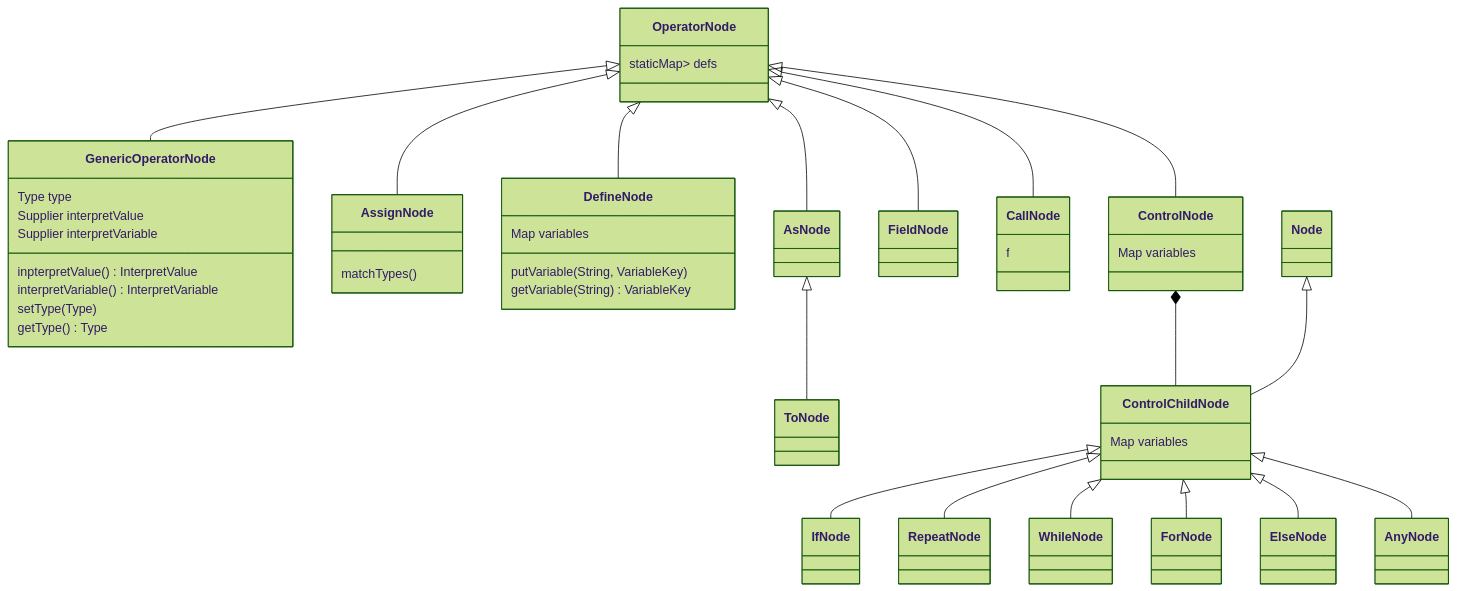
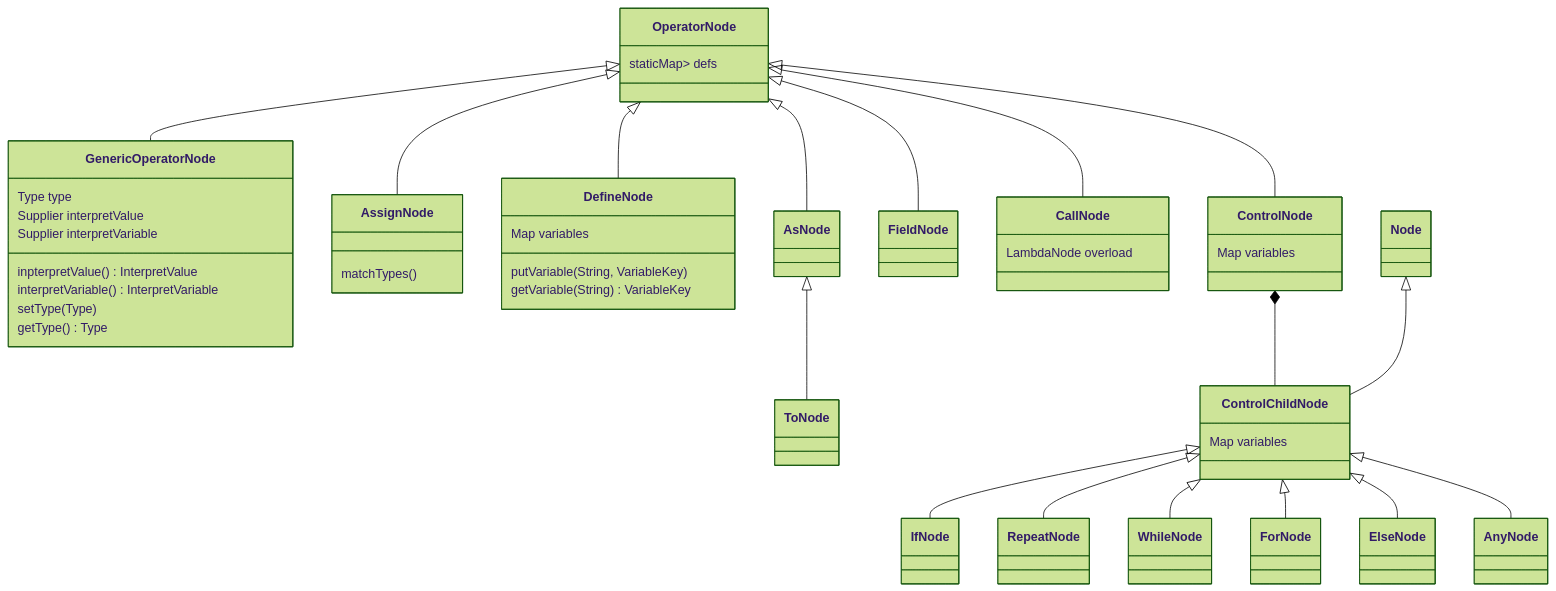
The third of 8 diagrams in Implementation.md (Jzhyang1/Monomer), drawn with Mermaid (forest theme) before and after one commit. The commit also changed other lines of this file, not shown here.

````diff
--- a/Implementation.md
+++ b/Implementation.md
@@ -157,41 +157,41 @@
 ```mermaid
 classDiagram
 OperatorNode <|-- GenericOperatorNode
 OperatorNode <|-- AssignNode
 OperatorNode <|-- DefineNode
 OperatorNode <|-- AsNode
 AsNode <|-- ToNode
 OperatorNode <|-- FieldNode
 OperatorNode <|-- CallNode
 OperatorNode <|-- ControlNode
 ControlNode *-- ControlChildNode
 Node <|-- ControlChildNode
 ControlChildNode <|-- IfNode
 ControlChildNode <|-- RepeatNode
 ControlChildNode <|-- WhileNode
 ControlChildNode <|-- ForNode
 ControlChildNode <|-- ElseNode
 ControlChildNode <|-- AnyNode
 
 OperatorNode: staticMap<String,Supplier<OperatorNode>> defs
 
 GenericOperatorNode: Type type
 GenericOperatorNode: Supplier<InterpretValue> interpretValue
 GenericOperatorNode: Supplier<InterpretVariable> interpretVariable
 GenericOperatorNode: inpterpretValue() InterpretValue
 GenericOperatorNode: interpretVariable() InterpretVariable
 GenericOperatorNode: setType(Type)
 GenericOperatorNode: getType() Type
 
 AssignNode: matchTypes()
 
 DefineNode: Map<String,VariableKey> variables
 DefineNode: putVariable(String, VariableKey)
 DefineNode: getVariable(String) VariableKey
 
 ControlNode: Map<String,VariableKey> variables
 
-CallNode: f
+CallNode: LambdaNode overload
 
 ControlChildNode: Map<String,VariableKey> variables
 ```
````
